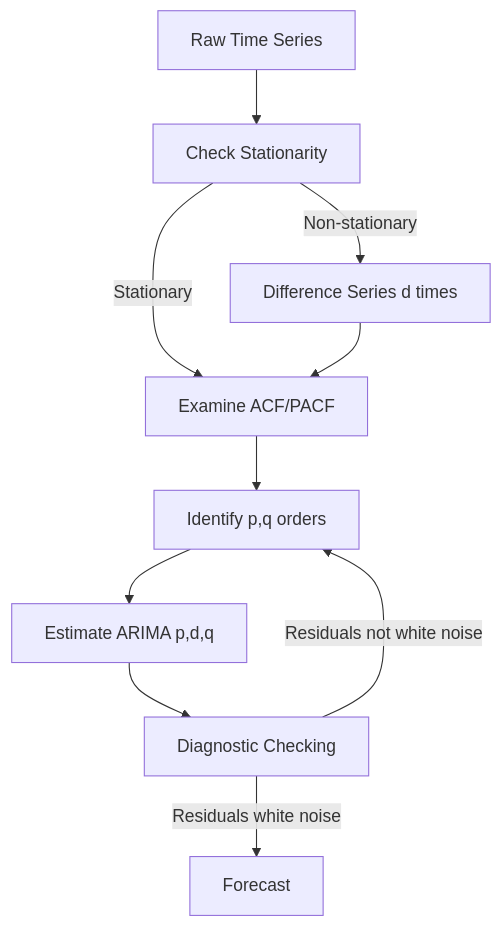
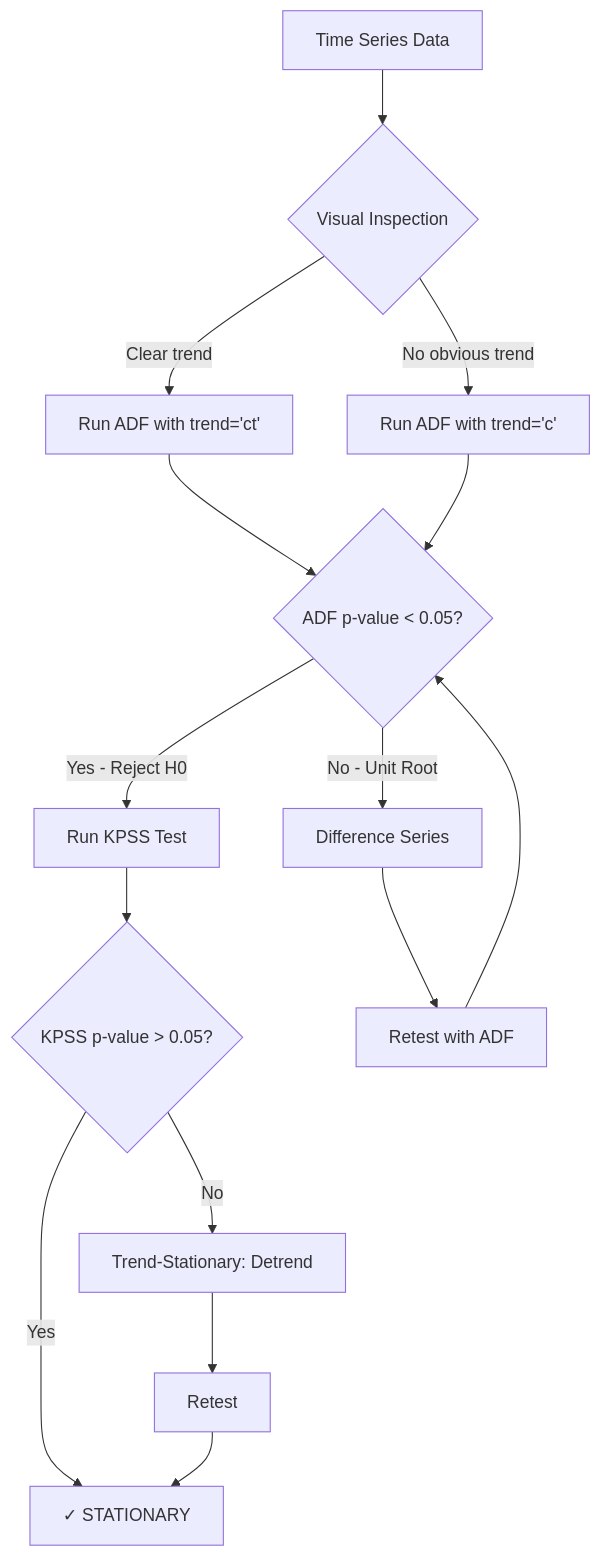
The diagram in docs/book/08_time_series.md (openSVM/osvm-cli), drawn with Mermaid before and after one commit. The commit also changed other lines of this file and 1 other file, not shown here.

First line of the commit message:
docs(book): Complete comprehensive Chapter 8 - Time Series Analysis

````diff
--- a/docs/book/08_time_series.md
+++ b/docs/book/08_time_series.md
@@ -470,12 +1233,22 @@
 ```mermaid
 graph TD
-    A[Raw Time Series] --> B[Check Stationarity]
-    B -->|Non-stationary| C[Difference Series d times]
-    B -->|Stationary| D[Examine ACF/PACF]
-    C --> D
-    D --> E[Identify p,q orders]
-    E --> F[Estimate ARIMA p,d,q]
-    F --> G[Diagnostic Checking]
-    G -->|Residuals not white noise| E
-    G -->|Residuals white noise| H[Forecast]
+    A[Time Series Data] --> B{Visual Inspection}
+    B -->|Clear trend| C[Run ADF with trend='ct']
+    B -->|No obvious trend| D[Run ADF with trend='c']
+
+    C --> E{ADF p-value < 0.05?}
+    D --> E
+
+    E -->|Yes - Reject H0| F[Run KPSS Test]
+    E -->|No - Unit Root| G[Difference Series]
+
+    F --> H{KPSS p-value > 0.05?}
+    H -->|Yes| I[✓ STATIONARY]
+    H -->|No| J[Trend-Stationary: Detrend]
+
+    G --> K[Retest with ADF]
+    K --> E
+
+    J --> L[Retest]
+    L --> I
 ```
````
